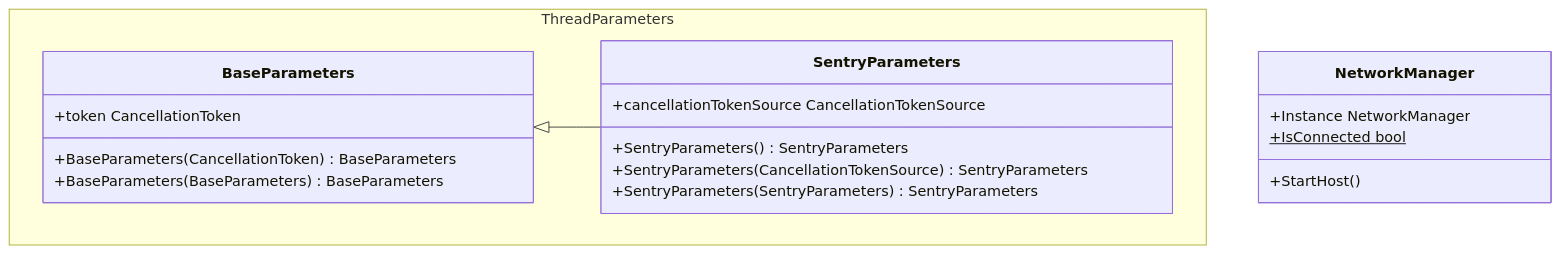
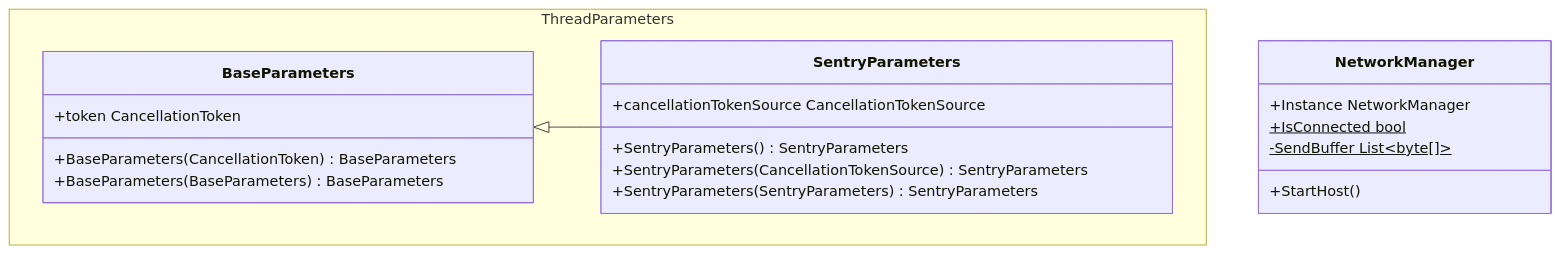
One commit to GMcMichael/ThornNetworking changed the second of 2 diagrams in README.md. Above: the diagram before and after it, drawn with Mermaid.

````diff
--- a/README.md
+++ b/README.md
@@ -89,22 +89,23 @@
 ```mermaid
 classDiagram
 class NetworkManager{
     +Instance NetworkManager
     +IsConnected bool$
+    -SendBuffer List~byte[]~$
     +StartHost()
 }
 namespace ThreadParameters {
     class BaseParameters {
         +token CancellationToken
         +BaseParameters(CancellationToken) BaseParameters
         +BaseParameters(BaseParameters) BaseParameters
     }
     class SentryParameters {
         +cancellationTokenSource CancellationTokenSource
         +SentryParameters() SentryParameters
         +SentryParameters(CancellationTokenSource) SentryParameters
         +SentryParameters(SentryParameters) SentryParameters
     }
 }
 BaseParameters <|-- SentryParameters
 ```
````
